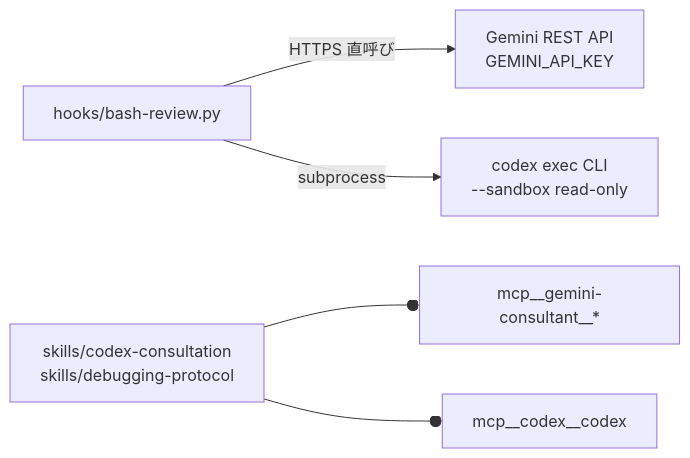
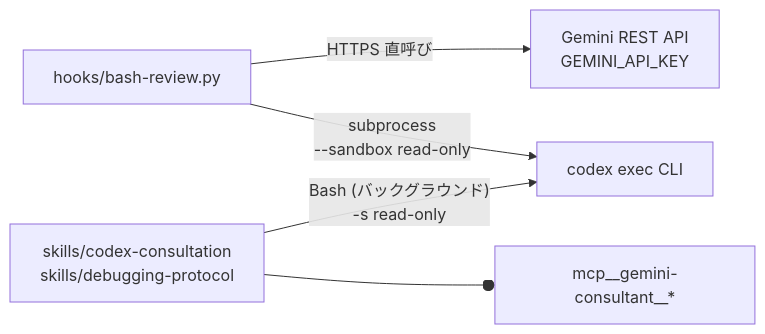
Before and after one commit to sardonyx0827/dotfiles: the second of 4 diagrams in docs/claude-architecture.md, drawn with Mermaid. The commit also changed other lines of this file and 13 other files, not shown here.

First line of the commit message:
refactor(codex): reach Codex through codex exec

````diff
--- a/docs/claude-architecture.md
+++ b/docs/claude-architecture.md
@@ -121,14 +126,13 @@
 ```mermaid
 flowchart LR
     HOOK["hooks/bash-review.py"]
     SKILL["skills/codex-consultation<br/>skills/debugging-protocol"]
     GAPI["Gemini REST API<br/>GEMINI_API_KEY"]
-    CXCLI["codex exec CLI<br/>--sandbox read-only"]
+    CXCLI["codex exec CLI"]
     GMCP["mcp__gemini-consultant__*"]
-    CXMCP["mcp__codex__codex"]
 
     HOOK -->|"HTTPS 直呼び"| GAPI
-    HOOK -->|"subprocess"| CXCLI
+    HOOK -->|"subprocess<br/>--sandbox read-only"| CXCLI
+    SKILL -->|"Bash (バックグラウンド)<br/>-s read-only"| CXCLI
     SKILL --o GMCP
-    SKILL --o CXMCP
 ```
````
